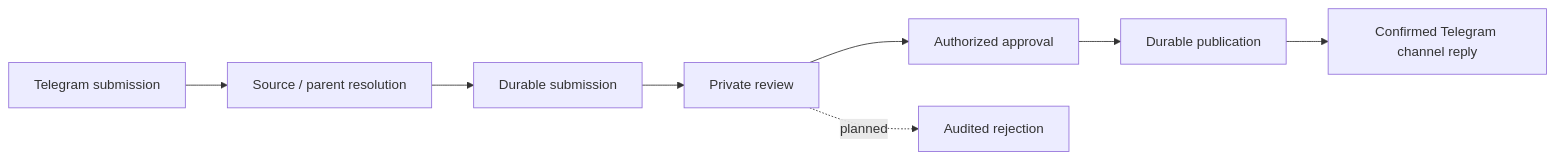
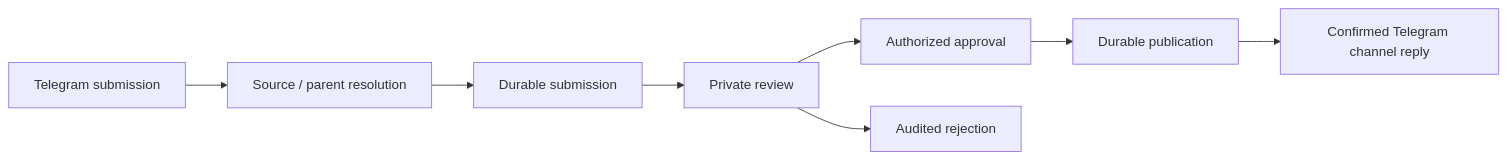
Before and after one commit to SoloMidMiram/CatsChannel: the diagram in README.md, drawn with Mermaid. The commit also changed other lines of this file and 11 other files, not shown here.

Commit message:
docs: reconcile discovery acceptance and project roadmap

````diff
--- a/README.md
+++ b/README.md
@@ -38,10 +37,10 @@
 ```mermaid
 flowchart LR
     A[Telegram submission] --> B[Source / parent resolution]
     B --> C[Durable submission]
     C --> D[Private review]
     D --> E[Authorized approval]
     E --> F[Durable publication]
     F --> G[Confirmed Telegram channel reply]
-    D -. planned .-> H[Audited rejection]
+    D --> H[Audited rejection]
 ```
````
